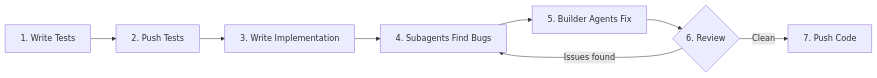
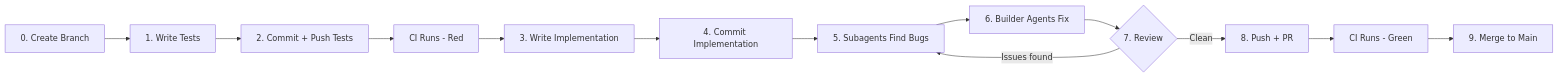
Before and after one commit to owaisw26/groupwork: the diagram in docs/groupwork_implementation_plan.md, drawn with Mermaid. The commit also changed other lines of this file, not shown here.

First line of the commit message:
docs: add git workflow, branching strategy, and CI pipeline to implementation plan

````diff
--- a/docs/groupwork_implementation_plan.md
+++ b/docs/groupwork_implementation_plan.md
@@ -83,10 +139,15 @@
 ```mermaid
 flowchart LR
-    WriteTests[1. Write Tests] --> PushTests[2. Push Tests]
-    PushTests --> WriteImpl[3. Write Implementation]
-    WriteImpl --> BugHunt[4. Subagents Find Bugs]
-    BugHunt --> BuilderFix[5. Builder Agents Fix]
-    BuilderFix --> Review{6. Review}
+    CreateBranch[0. Create Branch] --> WriteTests[1. Write Tests]
+    WriteTests --> CommitTests[2. Commit + Push Tests]
+    CommitTests --> CIRed[CI Runs - Red]
+    CIRed --> WriteImpl[3. Write Implementation]
+    WriteImpl --> CommitImpl[4. Commit Implementation]
+    CommitImpl --> BugHunt[5. Subagents Find Bugs]
+    BugHunt --> BuilderFix[6. Builder Agents Fix]
+    BuilderFix --> Review{7. Review}
     Review -->|"Issues found"| BugHunt
-    Review -->|"Clean"| PushCode[7. Push Code]
+    Review -->|"Clean"| PushFinal[8. Push + PR]
+    PushFinal --> CIGreen[CI Runs - Green]
+    CIGreen --> MergeMain[9. Merge to Main]
 ```
````
